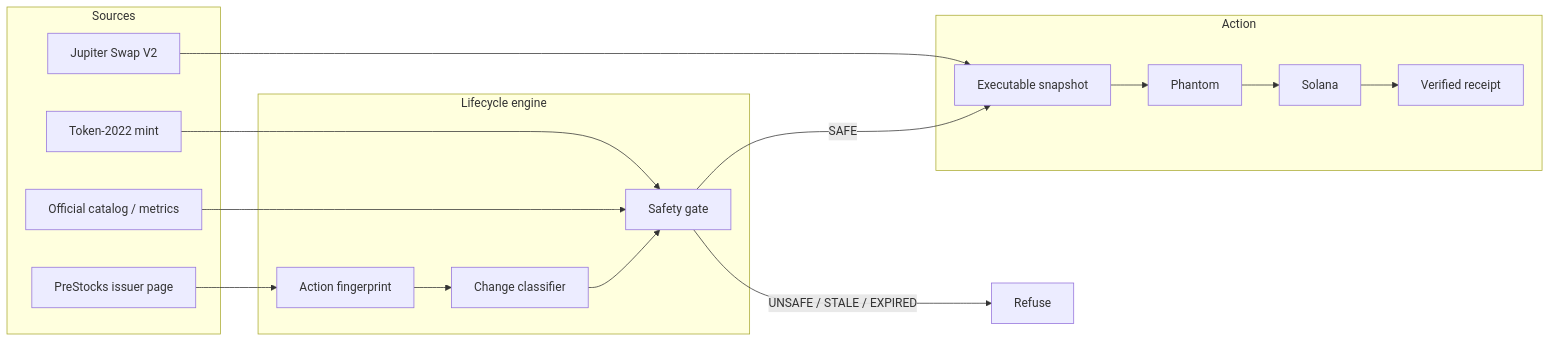
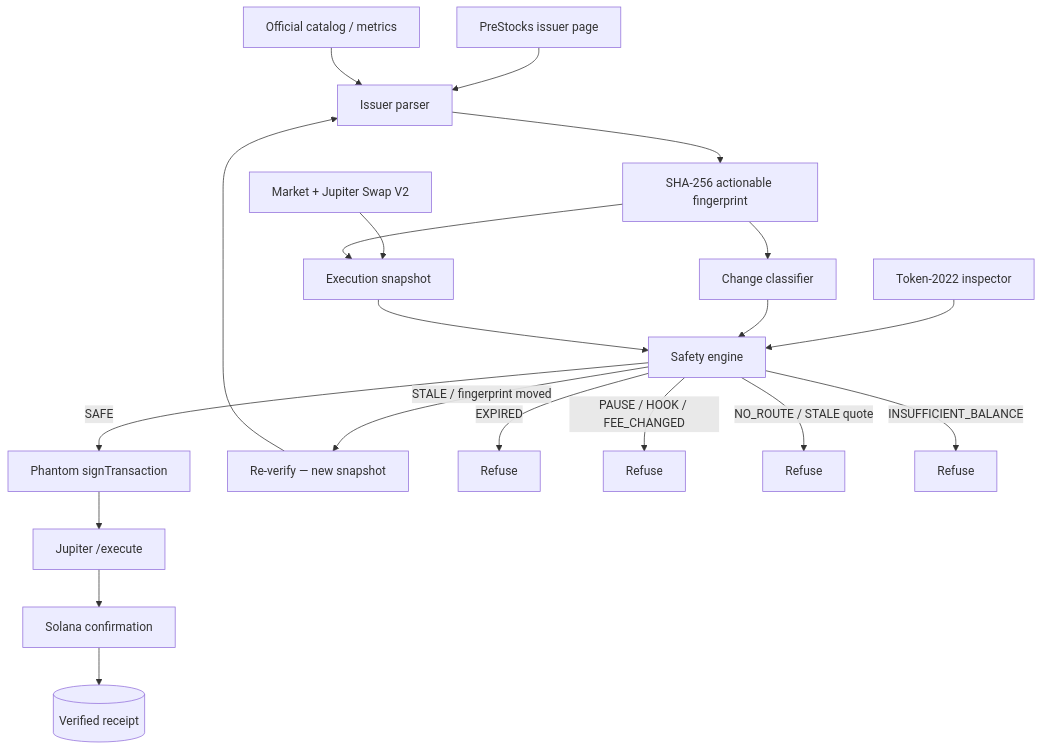
Before and after one commit to mohamedwael201193/T-MINUS: the first of 8 diagrams in README.md, drawn with Mermaid. The commit also changed other lines of this file and 5 other files, not shown here.

Commit message:
Publish the lifecycle dossier and stop CI from hanging on public Solana RPC.

````diff
--- a/README.md
+++ b/README.md
@@ -36,32 +63,33 @@
 ```mermaid
-flowchart LR
-  subgraph sources [Sources]
-    P[PreStocks issuer page]
-    C[Token-2022 mint]
-    M[Official catalog / metrics]
-    J[Jupiter Swap V2]
-  end
+flowchart TB
+  IP[PreStocks issuer page]
+  CAT[Official catalog / metrics]
+  PARSE[Issuer parser]
+  FP[SHA-256 actionable fingerprint]
+  CLS[Change classifier]
+  CH[Token-2022 inspector]
+  MKT[Market + Jupiter Swap V2]
+  SNAP[Execution snapshot]
+  GATE[Safety engine]
+  PH[Phantom signTransaction]
+  EX[Jupiter /execute]
+  SOL[Solana confirmation]
+  RX[(Verified receipt)]
 
-  subgraph engine [Lifecycle engine]
-    F[Action fingerprint]
-    D[Change classifier]
-    G[Safety gate]
-  end
+  IP --> PARSE
+  CAT --> PARSE
+  PARSE --> FP --> CLS
+  CH --> GATE
+  MKT --> SNAP
+  FP --> SNAP
+  CLS --> GATE
+  SNAP --> GATE
 
-  subgraph act [Action]
-    X[Executable snapshot]
-    W[Phantom]
-    S[Solana]
-    R[Verified receipt]
-  end
-
-  P --> F
-  C --> G
-  M --> G
-  J --> X
-  F --> D
-  D --> G
-  G -->|SAFE| X
-  G -->|UNSAFE / STALE / EXPIRED| Halt[Refuse]
-  X --> W --> S --> R
+  GATE -->|SAFE| PH --> EX --> SOL --> RX
+  GATE -->|STALE / fingerprint moved| RV[Re-verify — new snapshot]
+  GATE -->|EXPIRED| R1[Refuse]
+  GATE -->|PAUSE / HOOK / FEE_CHANGED| R2[Refuse]
+  GATE -->|NO_ROUTE / STALE quote| R3[Refuse]
+  GATE -->|INSUFFICIENT_BALANCE| R4[Refuse]
+  RV --> PARSE
 ```
````
